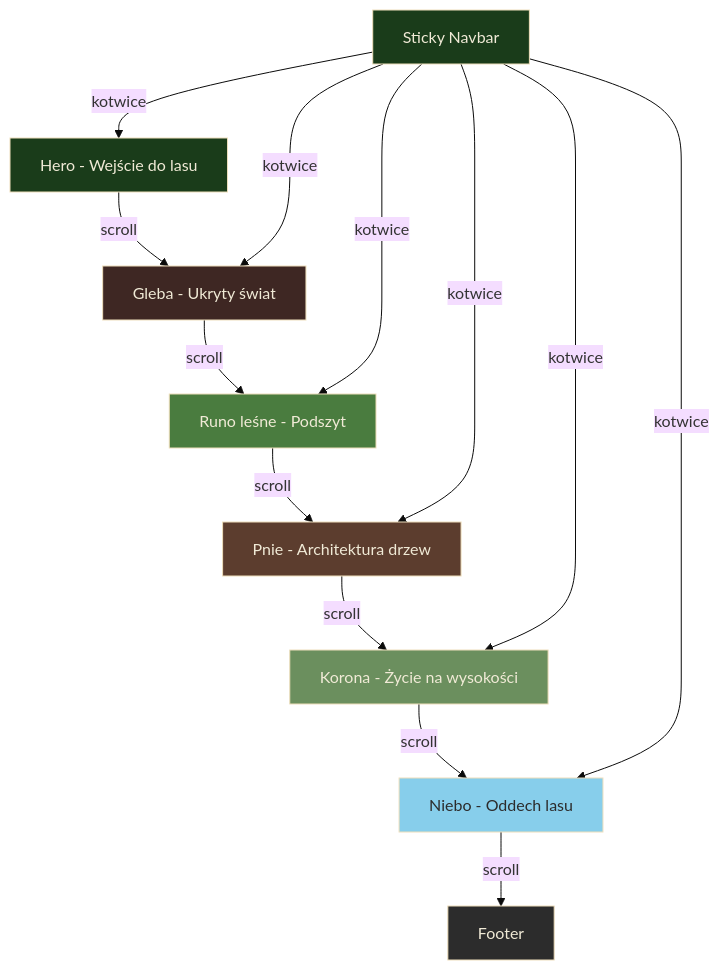
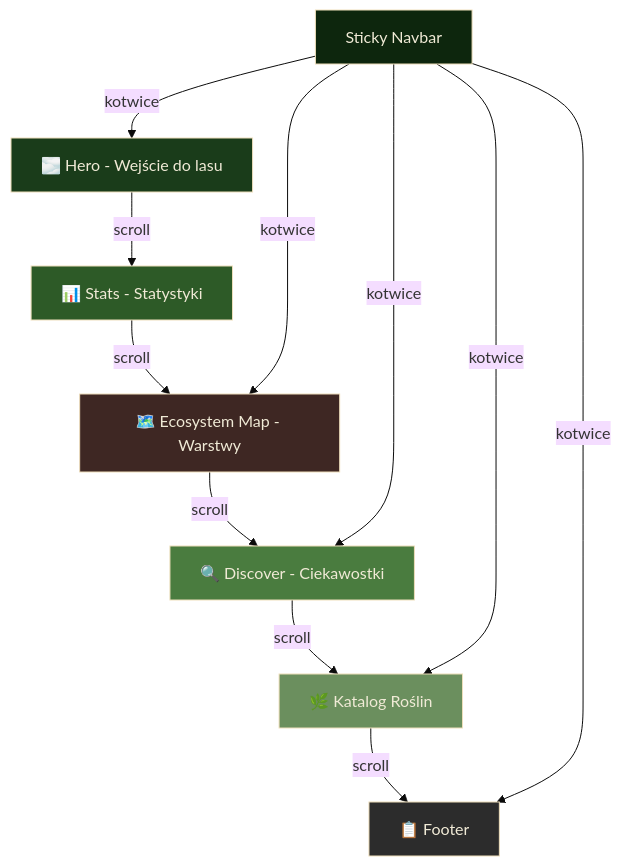
Before and after one commit to jakubtaraszewski123-coder/Projekt_Strona_Internetowa: the first of 2 diagrams in plans/implementation-plan.md, drawn with Mermaid (base theme). The commit also changed other lines of this file and 32 other files, not shown here.

````diff
--- a/plans/implementation-plan.md
+++ b/plans/implementation-plan.md
@@ -168,25 +152,22 @@
 ```mermaid
 graph TD
-    A[Hero - Wejście do lasu] -->|scroll| B[Gleba - Ukryty świat]
-    B -->|scroll| C[Runo leśne - Podszyt]
-    C -->|scroll| D[Pnie - Architektura drzew]
-    D -->|scroll| E[Korona - Życie na wysokości]
-    E -->|scroll| F[Niebo - Oddech lasu]
-    F -->|scroll| G[Footer]
+    HERO[🌫️ Hero - Wejście do lasu] -->|scroll| STATS[📊 Stats - Statystyki]
+    STATS -->|scroll| ECO[🗺️ Ecosystem Map - Warstwy]
+    ECO -->|scroll| DISC[🔍 Discover - Ciekawostki]
+    DISC -->|scroll| CAT[🌿 Katalog Roślin]
+    CAT -->|scroll| FOOTER[📋 Footer]
 
-    H[Sticky Navbar] -->|kotwice| A
-    H -->|kotwice| B
-    H -->|kotwice| C
-    H -->|kotwice| D
-    H -->|kotwice| E
-    H -->|kotwice| F
+    NAV[Sticky Navbar] -->|kotwice| HERO
+    NAV -->|kotwice| ECO
+    NAV -->|kotwice| DISC
+    NAV -->|kotwice| CAT
+    NAV -->|kotwice| FOOTER
 
-    style A fill:#1a3c1a,color:#f0ead6
-    style B fill:#3e2723,color:#f0ead6
-    style C fill:#4a7c3f,color:#f0ead6
-    style D fill:#5c3d2e,color:#f0ead6
-    style E fill:#6b8f5e,color:#f0ead6
-    style F fill:#87ceeb,color:#2c2c2c
-    style G fill:#2c2c2c,color:#f0ead6
-    style H fill:#1a3c1a,color:#f0ead6
+    style HERO fill:#1a3c1a,color:#f0ead6
+    style STATS fill:#2d5a27,color:#f0ead6
+    style ECO fill:#3e2723,color:#f0ead6
+    style DISC fill:#4a7c3f,color:#f0ead6
+    style CAT fill:#6b8f5e,color:#f0ead6
+    style FOOTER fill:#2c2c2c,color:#f0ead6
+    style NAV fill:#0d260d,color:#f0ead6
 ```
````
